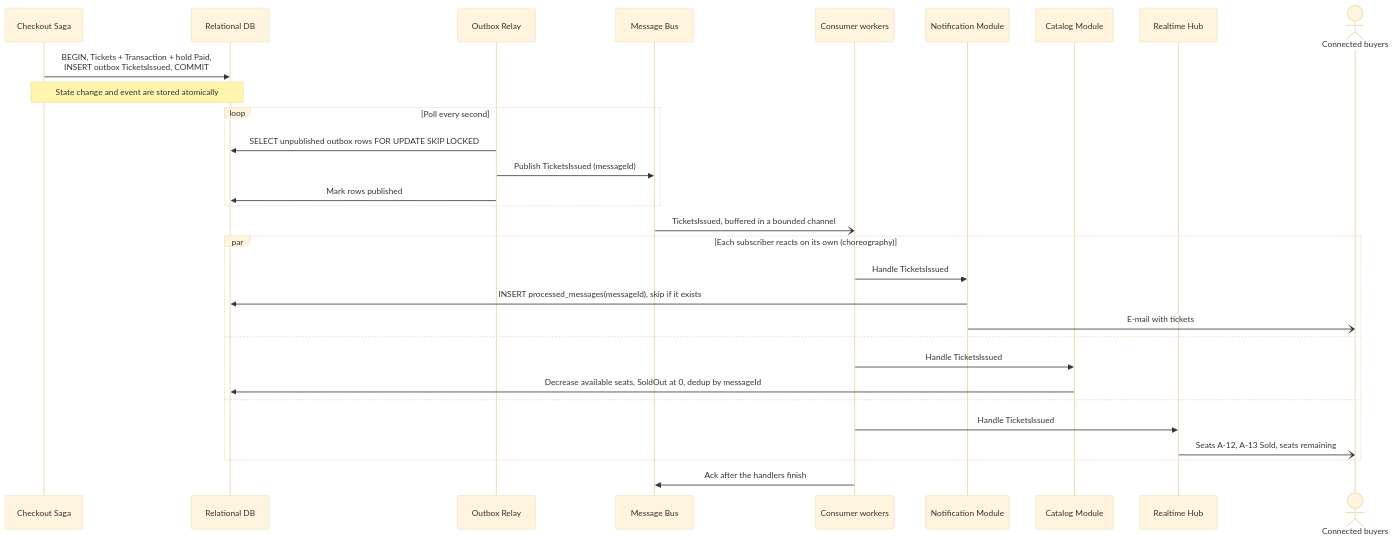
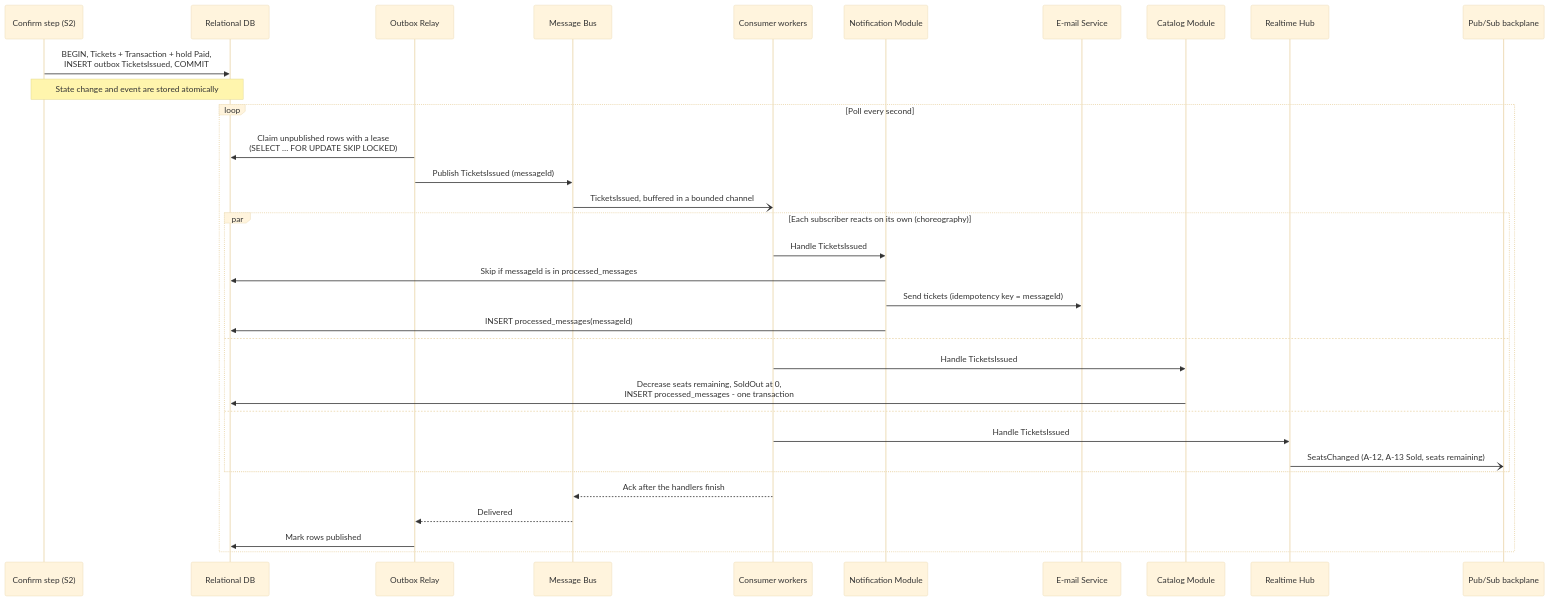
The fifth of 7 diagrams in docs/CONCURRENCY_PATTERNS.md (hrytsykvl/Ticketium), drawn with Mermaid (base theme) before and after one commit. The commit also changed other lines of this file and 6 other files, not shown here.

````diff
--- a/docs/CONCURRENCY_PATTERNS.md
+++ b/docs/CONCURRENCY_PATTERNS.md
@@ -335,33 +410,36 @@
 ```mermaid
 sequenceDiagram
-    participant Saga as Checkout Saga
+    participant Conf as Confirm step (S2)
     participant DB as Relational DB
     participant Relay as Outbox Relay
     participant Bus as Message Bus
     participant W as Consumer workers
     participant Notif as Notification Module
+    participant Mail as E-mail Service
     participant Cat as Catalog Module
     participant Hub as Realtime Hub
-    actor Clients as Connected buyers
+    participant BP as Pub/Sub backplane
 
-    Saga->>DB: BEGIN, Tickets + Transaction + hold Paid,<br/>INSERT outbox TicketsIssued, COMMIT
-    Note over Saga,DB: State change and event are stored atomically
+    Conf->>DB: BEGIN, Tickets + Transaction + hold Paid,<br/>INSERT outbox TicketsIssued, COMMIT
+    Note over Conf,DB: State change and event are stored atomically
     loop Poll every second
-        Relay->>DB: SELECT unpublished outbox rows FOR UPDATE SKIP LOCKED
+        Relay->>DB: Claim unpublished rows with a lease<br/>(SELECT … FOR UPDATE SKIP LOCKED)
         Relay->>Bus: Publish TicketsIssued (messageId)
+        Bus-)W: TicketsIssued, buffered in a bounded channel
+        par Each subscriber reacts on its own (choreography)
+            W->>Notif: Handle TicketsIssued
+            Notif->>DB: Skip if messageId is in processed_messages
+            Notif->>Mail: Send tickets (idempotency key = messageId)
+            Notif->>DB: INSERT processed_messages(messageId)
+        and
+            W->>Cat: Handle TicketsIssued
+            Cat->>DB: Decrease seats remaining, SoldOut at 0,<br/>INSERT processed_messages - one transaction
+        and
+            W->>Hub: Handle TicketsIssued
+            Hub-)BP: SeatsChanged (A-12, A-13 Sold, seats remaining)
+        end
+        W-->>Bus: Ack after the handlers finish
+        Bus-->>Relay: Delivered
         Relay->>DB: Mark rows published
     end
-    Bus-)W: TicketsIssued, buffered in a bounded channel
-    par Each subscriber reacts on its own (choreography)
-        W->>Notif: Handle TicketsIssued
-        Notif->>DB: INSERT processed_messages(messageId), skip if it exists
-        Notif-)Clients: E-mail with tickets
-    and
-        W->>Cat: Handle TicketsIssued
-        Cat->>DB: Decrease available seats, SoldOut at 0, dedup by messageId
-    and
-        W->>Hub: Handle TicketsIssued
-        Hub-)Clients: Seats A-12, A-13 Sold, seats remaining
-    end
-    W->>Bus: Ack after the handlers finish
 ```
````
